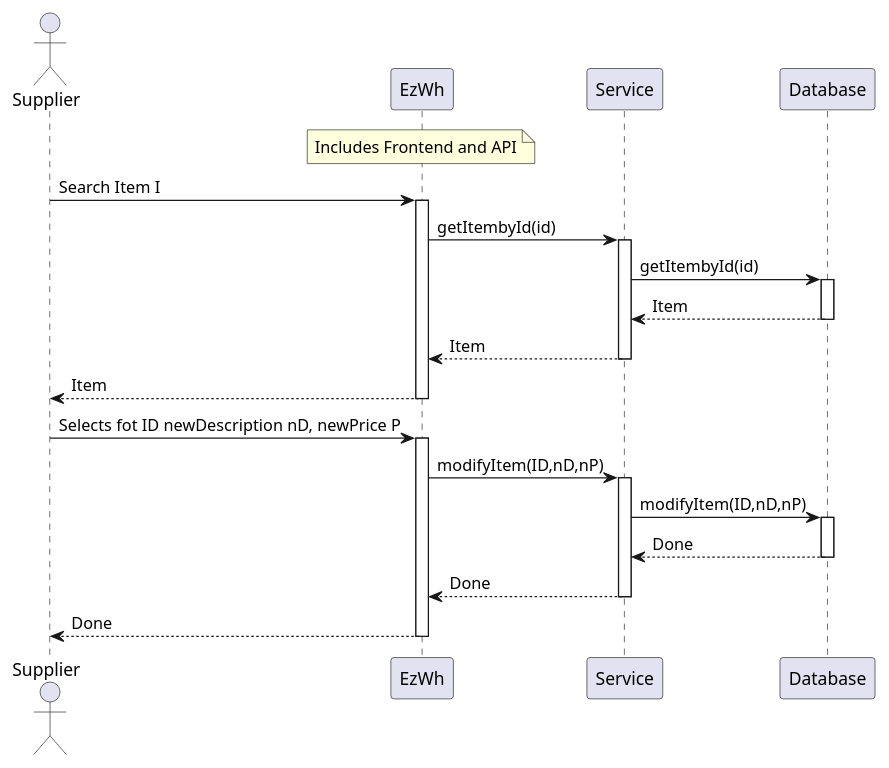
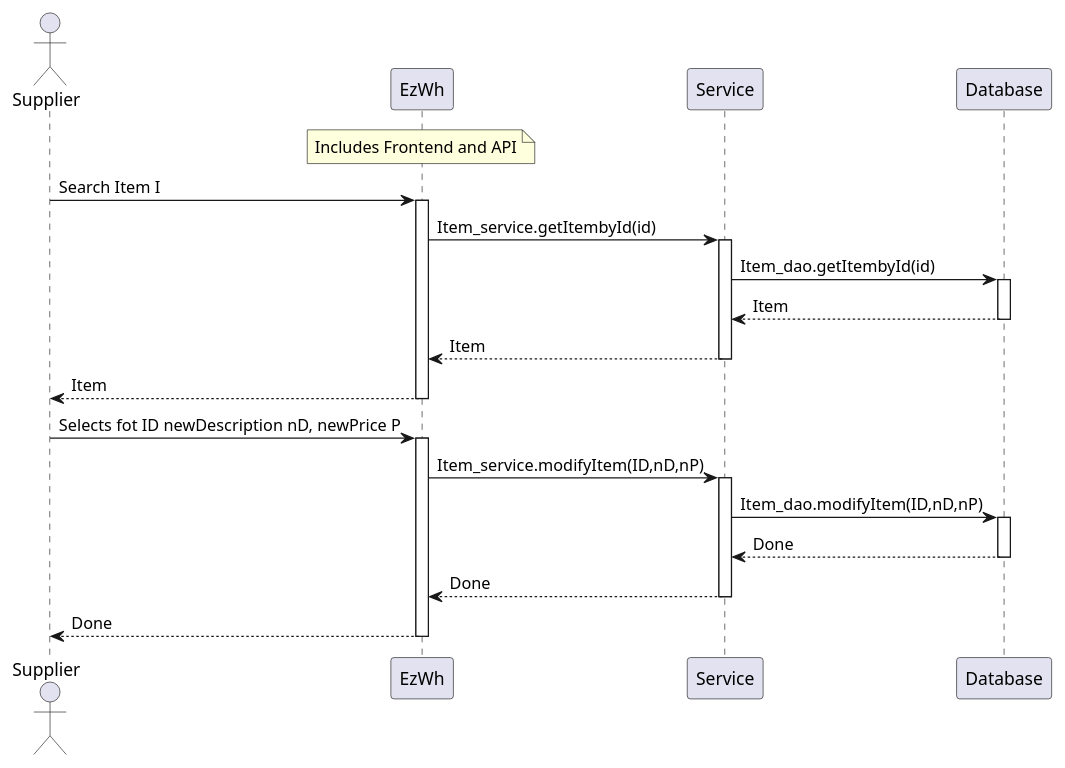
Diagram 11 of 12 in DesignDocument.md (giuseppe-dandrea/EzWh), drawn with PlantUML before and after one commit. The commit also changed other lines of this file, not shown here.

````diff
--- a/DesignDocument.md
+++ b/DesignDocument.md
@@ -851,34 +851,34 @@
 ```plantuml
 actor Supplier
 participant EzWh
 note over EzWh: Includes Frontend and API
 participant Service
 participant Database
 
 
 Supplier -> EzWh: Search Item I
 activate EzWh
-EzWh -> Service: getItembyId(id)
+EzWh -> Service: Item_service.getItembyId(id)
 activate Service
-Service -> Database : getItembyId(id)
+Service -> Database : Item_dao.getItembyId(id)
 activate Database
 Database --> Service : Item
 deactivate Database
 Service --> EzWh : Item
 deactivate Service
 EzWh --> Supplier : Item
 deactivate EzWh
 
 Supplier -> EzWh :Selects fot ID newDescription nD, newPrice P
 activate EzWh
-EzWh ->Service : modifyItem(ID,nD,nP)
+EzWh ->Service : Item_service.modifyItem(ID,nD,nP)
 activate Service
-Service ->Database : modifyItem(ID,nD,nP)
+Service ->Database : Item_dao.modifyItem(ID,nD,nP)
 activate Database
 Database --> Service : Done
 deactivate Database
 Service --> EzWh : Done
 deactivate Service
 EzWh --> Supplier : Done
 deactivate EzWh
 ```
````
